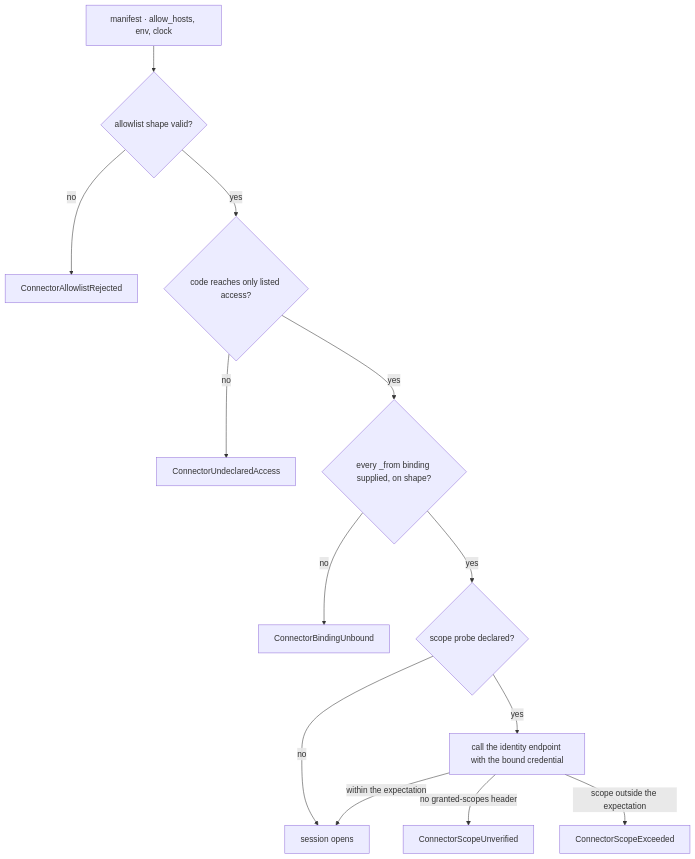
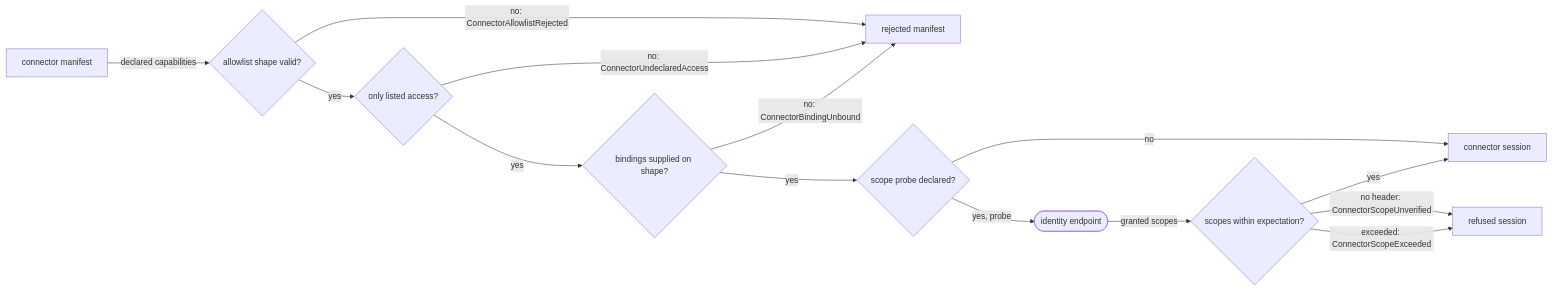
The second of 5 diagrams in spec/40-connector.md (fractalboxdev/contextful), drawn with Mermaid before and after one commit. The commit also changed other lines of this file and 44 other files, not shown here.

First line of the commit message:
spec: diagrams draw entities and flows, and the checker enforces it (#12)

````diff
--- a/spec/40-connector.md
+++ b/spec/40-connector.md
@@ -127,15 +128,16 @@
 ```mermaid
-flowchart TD
-  M["manifest · allow_hosts, env, clock"] --> A{"allowlist shape valid?"}
-  A -->|no| R1["ConnectorAllowlistRejected"]
-  A -->|yes| U{"code reaches only listed access?"}
-  U -->|no| R2["ConnectorUndeclaredAccess"]
-  U -->|yes| B{"every _from binding supplied, on shape?"}
-  B -->|no| R3["ConnectorBindingUnbound"]
-  B -->|yes| SP{"scope probe declared?"}
-  SP -->|no| OPEN["session opens"]
-  SP -->|yes| CALL["call the identity endpoint with the bound credential"]
-  CALL -->|"no granted-scopes header"| R4["ConnectorScopeUnverified"]
-  CALL -->|"scope outside the expectation"| R5["ConnectorScopeExceeded"]
-  CALL -->|"within the expectation"| OPEN
+flowchart LR
+  M["connector manifest"] -->|"declared capabilities"| A{"allowlist shape valid?"}
+  A -->|"no: ConnectorAllowlistRejected"| REJ["rejected manifest"]
+  A -->|"yes"| U{"only listed access?"}
+  U -->|"no: ConnectorUndeclaredAccess"| REJ
+  U -->|"yes"| B{"bindings supplied on shape?"}
+  B -->|"no: ConnectorBindingUnbound"| REJ
+  B -->|"yes"| SP{"scope probe declared?"}
+  SP -->|"no"| SESS["connector session"]
+  SP -->|"yes, probe"| IDP(["identity endpoint"])
+  IDP -->|"granted scopes"| SC{"scopes within expectation?"}
+  SC -->|"no header: ConnectorScopeUnverified"| NOSESS["refused session"]
+  SC -->|"exceeded: ConnectorScopeExceeded"| NOSESS
+  SC -->|"yes"| SESS
 ```
````
